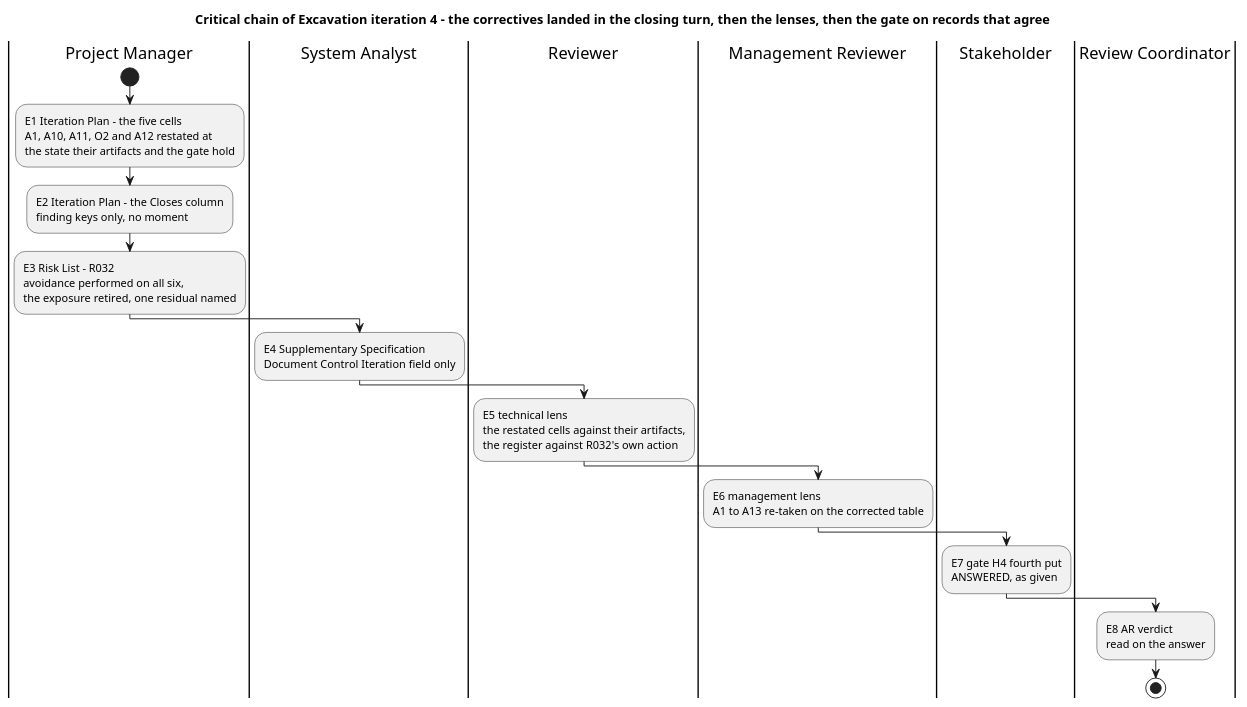
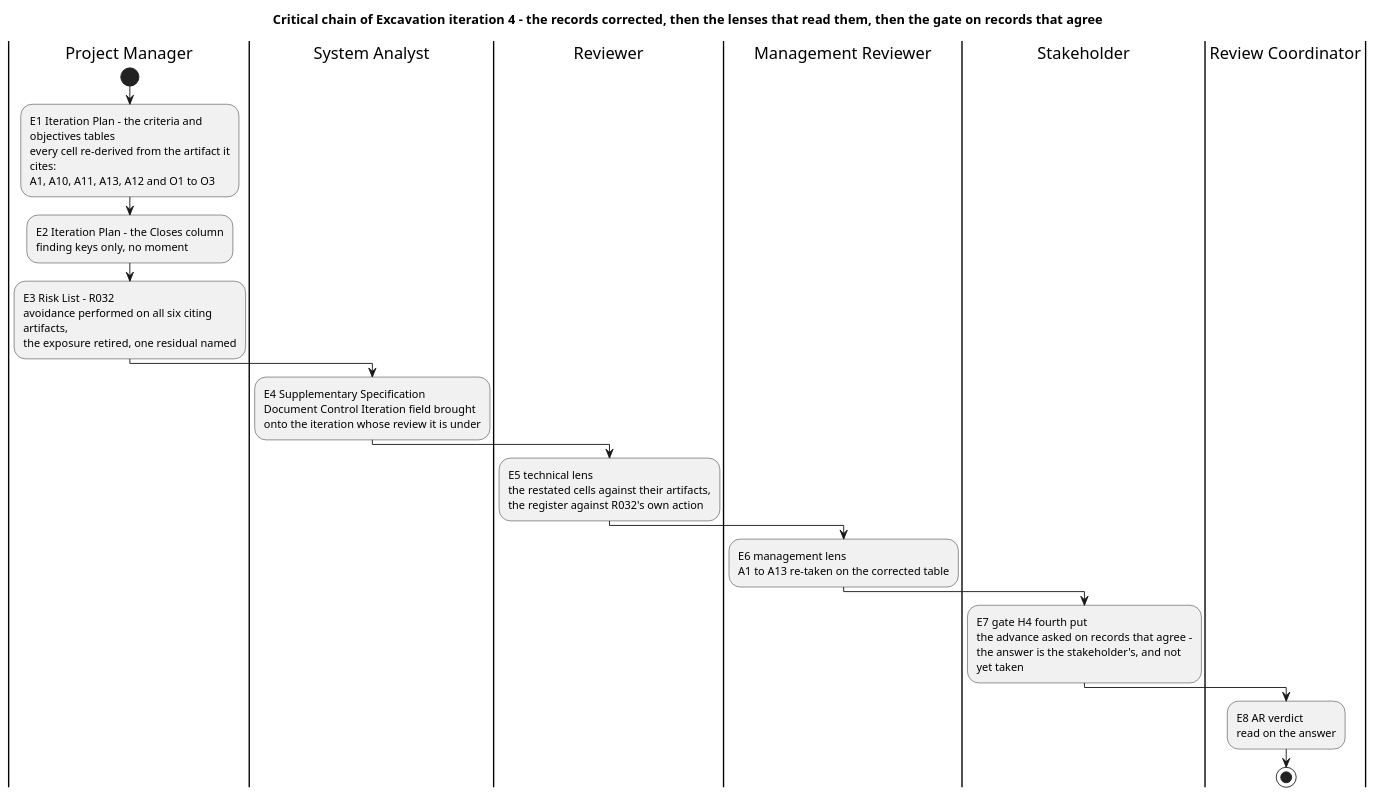
Before and after one commit to banense-test/TodoApp: the third of 6 diagrams in docs/artifacts/project-management/iteration-plan.md, drawn with PlantUML. The commit also changed other lines of this file, not shown here.

First line of the commit message:
Project Manager [Excavation4]: upsert Iteration Plan

````diff
--- a/docs/artifacts/project-management/iteration-plan.md
+++ b/docs/artifacts/project-management/iteration-plan.md
@@ -153,37 +153,39 @@
 ```plantuml
 @startuml
-title Critical chain of Excavation iteration 4 - the correctives landed in the closing turn, then the lenses, then the gate on records that agree
+title Critical chain of Excavation iteration 4 - the records corrected, then the lenses that read them, then the gate on records that agree
 skinparam shadowing false
 skinparam wrapWidth 245
 
 |Project Manager|
 start
-:E1 Iteration Plan - the five cells
-A1, A10, A11, O2 and A12 restated at
-the state their artifacts and the gate hold;
+:E1 Iteration Plan - the criteria and objectives tables
+every cell re-derived from the artifact it cites:
+A1, A10, A11, A13, A12 and O1 to O3;
 :E2 Iteration Plan - the Closes column
 finding keys only, no moment;
 :E3 Risk List - R032
-avoidance performed on all six,
+avoidance performed on all six citing artifacts,
 the exposure retired, one residual named;
 
 |System Analyst|
 :E4 Supplementary Specification
-Document Control Iteration field only;
+Document Control Iteration field brought
+onto the iteration whose review it is under;
 
 |Reviewer|
 :E5 technical lens
 the restated cells against their artifacts,
 the register against R032's own action;
 |Management Reviewer|
 :E6 management lens
 A1 to A13 re-taken on the corrected table;
 |Stakeholder|
 :E7 gate H4 fourth put
-ANSWERED, as given;
+the advance asked on records that agree -
+the answer is the stakeholder's, and not yet taken;
 |Review Coordinator|
 :E8 AR verdict
 read on the answer;
 stop
 @enduml
 ```
````
